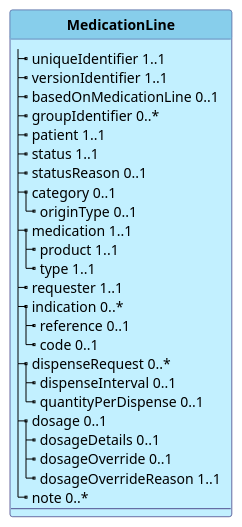
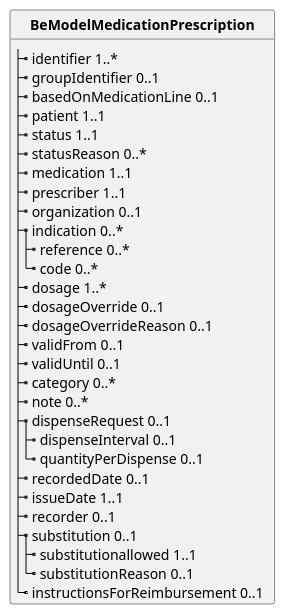
One commit to hl7-be/medication changed the diagram in input/images-source/be-model-medicationprescription.plantuml. Above: the diagram before and after it, drawn with PlantUML.

Commit message:
update diagram

```diff
--- a/input/images-source/be-model-medicationprescription.plantuml
+++ b/input/images-source/be-model-medicationprescription.plantuml
@@ -1,80 +1,40 @@
 @startuml
 skinparam linetype polyline
 hide circle
 hide stereotype
 
-
-skinparam class<<TM>> {
- BorderColor #505090
- BackgroundColor APPLICATION
- HeaderBackgroundColor SkyBlue
+class "**BeModelMedicationPrescription**" as BeModelMedicationPrescription {
+  |_ identifier 1..*   
+  |_ groupIdentifier 0..1   
+  |_ basedOnMedicationLine 0..1   
+  |_ patient 1..1   
+  |_ status 1..1   
+  |_ statusReason 0..*   
+  |_ medication 1..1   
+  |_ prescriber 1..1   
+  |_ organization 0..1   
+  |_ indication 0..*   
+    |_ reference 0..*   
+    |_ code 0..*   
+  |_ dosage 1..*   
+  |_ dosageOverride 0..1   
+  |_ dosageOverrideReason 0..1   
+  |_ validFrom 0..1   
+  |_ validUntil 0..1   
+  |_ category 0..*   
+  |_ note 0..*   
+  |_ dispenseRequest 0..1   
+    |_ dispenseInterval 0..1   
+    |_ quantityPerDispense 0..1   
+  |_ recordedDate 0..1   
+  |_ issueDate 1..1   
+  |_ recorder 0..1   
+  |_ substitution 0..1   
+    |_ substitutionallowed 1..1   
+    |_ substitutionReason 0..1   
+  |_ instructionsForReimbursement 0..1   
 }
 
 
-class "**MedicationLine**" as BELMMedicationLine <<TM>>{
-  |_ uniqueIdentifier 1..1   
-  |_ versionIdentifier 1..1   
-  |_ basedOnMedicationLine 0..1
-  |_ groupIdentifier 0..*   
-  |_ patient 1..1   
-  |_ status 1..1   
-  |_ statusReason 0..1   
-  |_ category 0..1   
-    |_ originType 0..1   
-  |_ medication 1..1   
-    |_ product 1..1   
-    |_ type 1..1   
-  |_ requester 1..1   
-  |_ indication 0..*   
-    |_ reference 0..1   
-    |_ code 0..1   
-  |_ dispenseRequest 0..*   
-    |_ dispenseInterval 0..1
-    |_ quantityPerDispense 0..1
-  |_ dosage 0..1   
-    |_ dosageDetails 0..1   
-    |_ dosageOverride 0..1   
-    |_ dosageOverrideReason 1..1   
-  |_ note 0..*   
-'  |_ lastUpdatedDate 1..1   
-'  |_ recordedDate 0..1   
-'  |_ assertedDate 0..1   
-'  |_ recorder 1..1   
-'  |_ exposure 0..1   
-'  |_ effectivePeriod 1..1   
-'    |_ start 1..1   
-'    |_ end 0..1   
-'  |_ adherence 0..1   
-'    |_ code 1..1   
-'    |_ adherenceReason 0..1   
-'  |_ visibility 0..*   
-  --
-'* basedOnMedicationLine 0..1 Reference (BEModelMedicationLine) "Link to the Medication Line from which this request is based"
-'* patient 1..1 Reference "The person for whom the medication is prescribed/ordered" "Question: would we want to add basic Patient model?"
-'* status 1..1 CD "Status of the prescription, this should not be status of treatment"
-'* statusReason 0..* CD "Reason for the current status of prescription, for example the reason why the prescription was made invalid"
-'* statusReasonText 0..1 ST "Textual reason for the current status of prescription"
-'* medication 1..1 Reference (BeModelMedication) "Prescribed product, branded, generic, virtual, extemporaneous, etc"
-'* prescriber 1..1 Reference (Practitioner or PractitionerRole) "The person who made the prescription, and who takes the responsibility of the treatment" "Question: would we want to add basic Practicioner model?"
-'* indication 0..* Class "Reason for the prescription (typically diagnosis, or a procedure)"
-'  * reference 0..* CD "Reason for the prescription (typically diagnosis, or a procedure)"
-'  * code 0..* CD "Reason for the prescription (typically diagnosis, or a procedure)"
-'  * text 0..1 ST "Reason for the prescription in textual form. This might not be allowed by some implementations."
-'* dosage 1..1 DosagingInformation "Dosaging and administration instructions"
-'* validFrom 0..1 DT "Effective date of the prescription. The prescription is not dispensable before this date. In most cases this information repeats issueDate"
-'* validUntil 0..1 DT "The validity period end date. The prescription is not dispensable after this date."
-'* category 0..* CD "Category or categories of prescription. For example type of reimbursement, or type of prescription (e.g. hospital, private, etc)."
-'* note 0..* ST "Additional information or comments"
-'* groupIdentifier 0..1 II "Identifier for the group that this prescription belongs to. This might be the common identifier in use cases where one national prescription contains several medication items, which can be handled as separate orders"
-'* recordingDate 0..1 DT "Time of authoring the prescription/draft in the information system"
-'* issueDate 1..1 DT "Time of issuing (signing) the prescription by health care practicioner"
-'* recorder 0..1 Reference(Practitioner or PractitionerRole) "The recorder of the prescription/draft in the information system"
-'//* usageInstructions 1..1 Reference(DosagingInformation) "Dosaging and administration instructions"
-'//* preparationInstructions 0..* ST "Additional instructions about preparation or dispense" 
-'* noSubstitution 0..1 BackboneElement "Substitution is not allowed for a given reason" 
-'  * noSubstitutionFlag 1..1 BL "Substitution of the product is not allowed."
-'  * noSubstitutionReason 0..1 CD "Coded reason for the no-substitution requirement"
-'  * noSubstitutionReasonText 0..1 ST "Textual reason for the no-substitution requirement"
-'* allowedSubstitutionType 0..* CD "Specific type of substitution that is allowed. Can be an explicit relaxation to normal jurisdictional substitution rules, especially in hospital context."
-}
+
 @enduml
```
